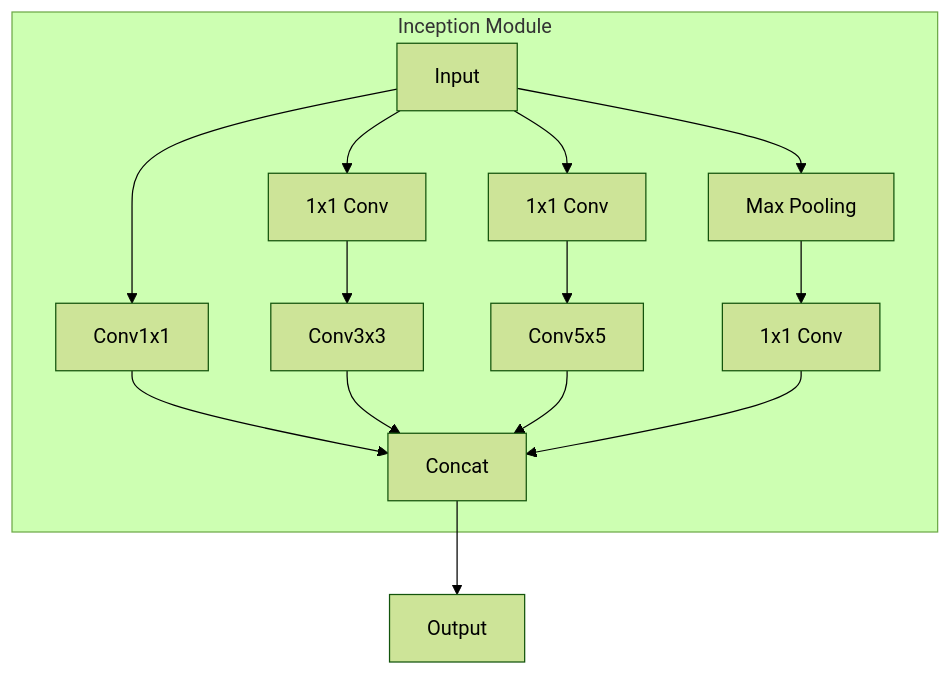
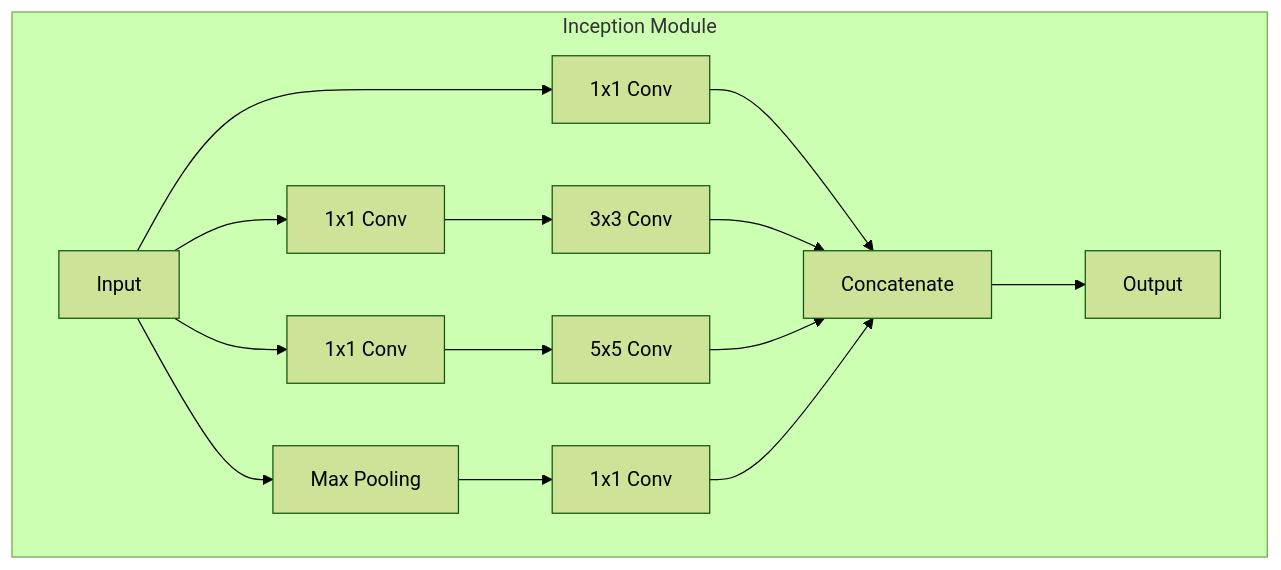
Before and after one commit to harimkang/ai-engineer-guide: the first of 2 diagrams in docs/3-컴퓨터-비전/3-3-대표-모델/cnn-architectures.md, drawn with Mermaid (forest theme). The commit also changed other lines of this file and 22 other files, not shown here.

````diff
--- a/docs/3-컴퓨터-비전/3-3-대표-모델/cnn-architectures.md
+++ b/docs/3-컴퓨터-비전/3-3-대표-모델/cnn-architectures.md
@@ -25,19 +25,20 @@
 ```mermaid
 graph TD;
-    subgraph Inception Module
-        Input --> Conv1x1;
-        Input --> Bottleneck3x3[1x1 Conv];
-        Input --> Bottleneck5x5[1x1 Conv];
-        Input --> MaxPool3x3[Max Pooling];
+    subgraph Inception ["Inception Module"]
+        Input["Input"] --> Conv1x1["1x1 Conv"]
+        Input --> Bottleneck3x3["1x1 Conv"]
+        Input --> Bottleneck5x5["1x1 Conv"] 
+        Input --> MaxPool3x3["Max Pooling"]
 
-        Bottleneck3x3 --> Conv3x3;
-        Bottleneck5x5 --> Conv5x5;
-        MaxPool3x3 --> Bottleneck_pool[1x1 Conv]
+        Bottleneck3x3 --> Conv3x3["3x3 Conv"]
+        Bottleneck5x5 --> Conv5x5["5x5 Conv"]
+        MaxPool3x3 --> Bottleneck_pool["1x1 Conv"]
 
-        Conv1x1 --> Concat;
-        Conv3x3 --> Concat;
-        Conv5x5 --> Concat;
-        Bottleneck_pool --> Concat;
+        Conv1x1 --> Concat["Concatenate"]
+        Conv3x3 --> Concat
+        Conv5x5 --> Concat
+        Bottleneck_pool --> Concat
+        
+        Concat --> Output["Output"]
     end
-    Concat --> Output;
 ```
````
